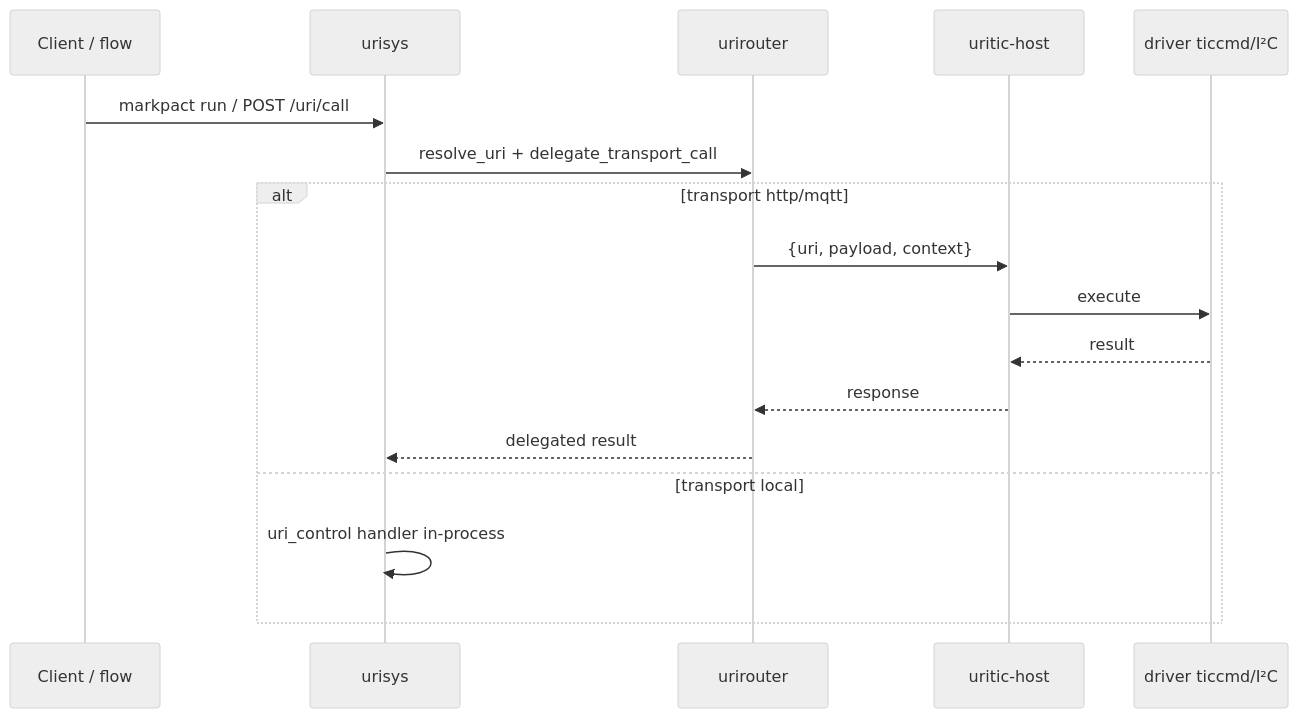
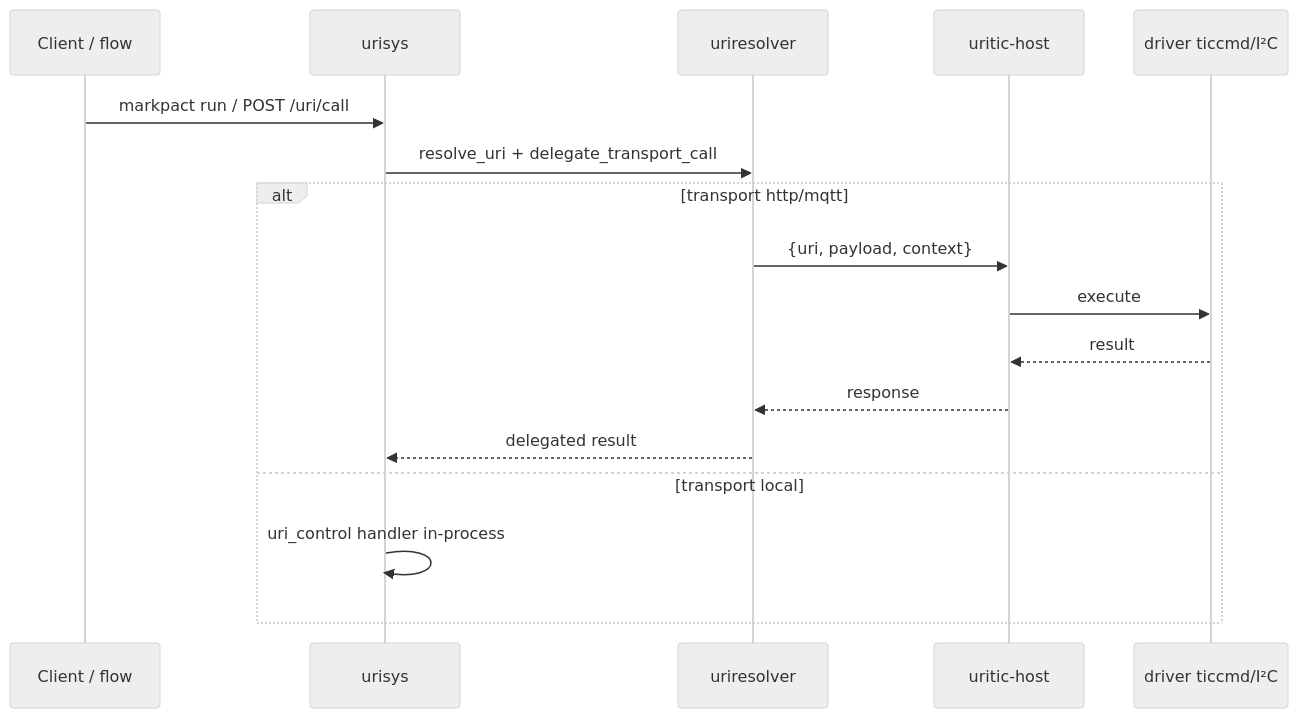
Before and after one commit to tellmesh/urisys: the second of 2 diagrams in docs/MESH.md, drawn with Mermaid (neutral theme). The commit also changed other lines of this file and 35 other files, not shown here.

````diff
--- a/docs/MESH.md
+++ b/docs/MESH.md
@@ -83,20 +83,20 @@
 ```mermaid
 sequenceDiagram
   participant C as Client / flow
   participant U as urisys
-  participant R as urirouter
+  participant R as uriresolver
   participant H as uritic-host
   participant D as driver ticcmd/I²C
 
   C->>U: markpact run / POST /uri/call
   U->>R: resolve_uri + delegate_transport_call
   alt transport http/mqtt
     R->>H: {uri, payload, context}
     H->>D: execute
     D-->>H: result
     H-->>R: response
     R-->>U: delegated result
   else transport local
     U->>U: uri_control handler in-process
   end
 ```
````
